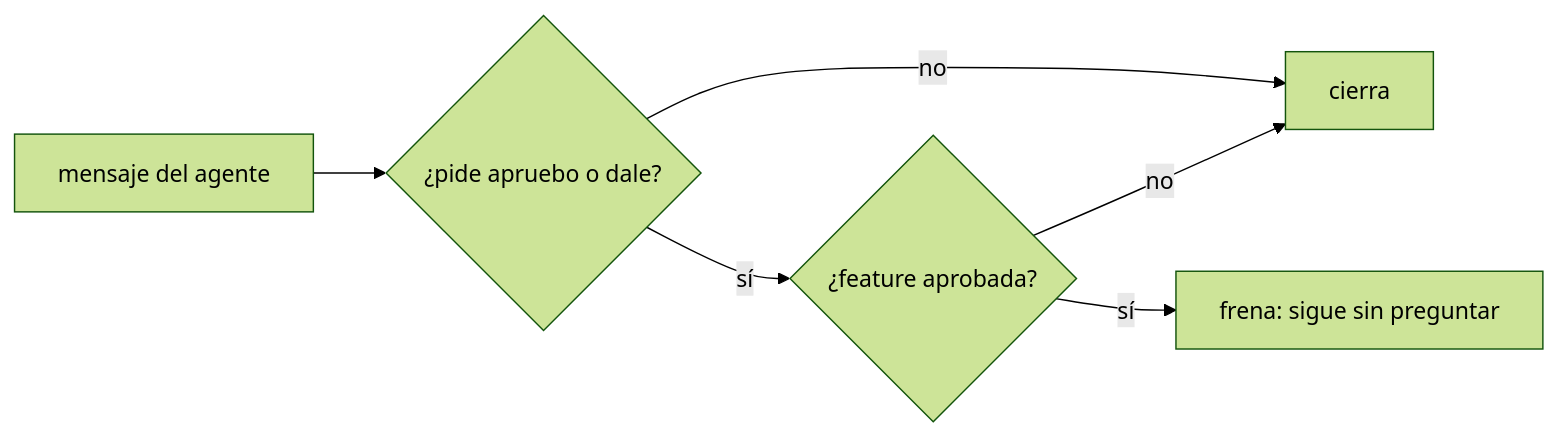
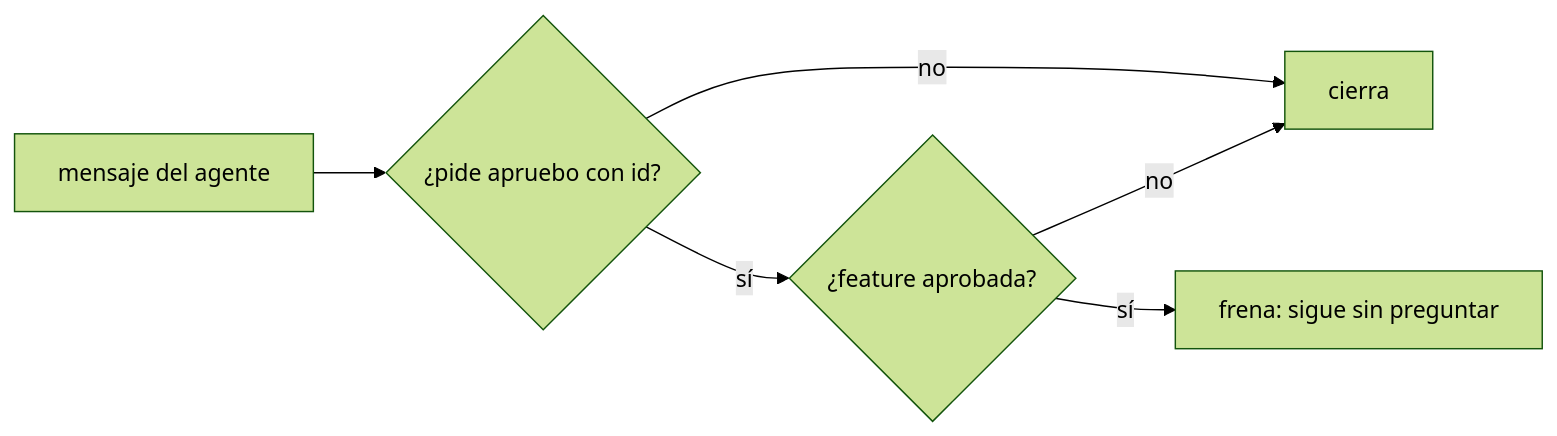
One commit to jliberal-aquas/aquas-central-harness-government changed the first of 2 diagrams in docs/E001/F017/S002.md. Above: the diagram before and after it, drawn with Mermaid (forest theme). The commit also changed other lines of this file and 11 other files, not shown here.

````diff
--- a/docs/E001/F017/S002.md
+++ b/docs/E001/F017/S002.md
@@ -53,8 +56,8 @@
 ```mermaid
 flowchart LR
-    M["mensaje del agente"] --> P{"¿pide apruebo o dale?"}
+    M["mensaje del agente"] --> P{"¿pide apruebo con id?"}
     P -- no --> OK["cierra"]
     P -- sí --> F{"¿feature aprobada?"}
     F -- no --> OK
     F -- sí --> FR["frena: sigue sin preguntar"]
 ```
````
